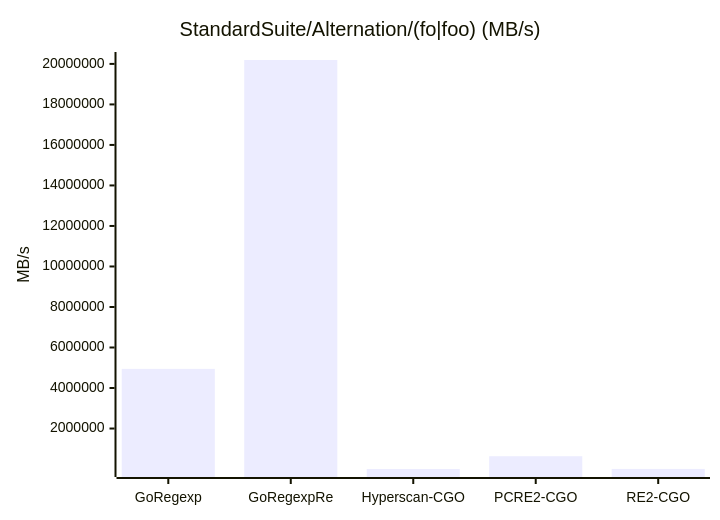
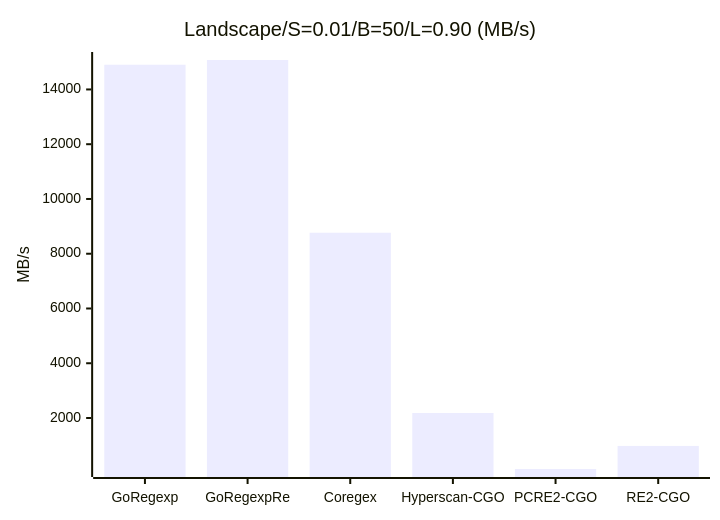
Diagram 13 of 47 in _benchmark_results/cgo_engines.md (kamichidu/go-regexp-re), drawn with Mermaid before and after one commit. The commit also changed other lines of this file and 3 other files, not shown here.

````diff
--- a/_benchmark_results/cgo_engines.md
+++ b/_benchmark_results/cgo_engines.md
@@ -162,7 +214,7 @@
 ```mermaid
 xychart-beta
-    title "StandardSuite/Alternation/(fo|foo) (MB/s)"
-    x-axis ["GoRegexp", "GoRegexpRe", "Hyperscan-CGO", "PCRE2-CGO", "RE2-CGO"]
+    title "Landscape/S=0.01/B=50/L=0.90 (MB/s)"
+    x-axis ["GoRegexp", "GoRegexpRe", "Coregex", "Hyperscan-CGO", "PCRE2-CGO", "RE2-CGO"]
     y-axis "MB/s"
-    bar [4944287.59, 20192671.40, 1824.50, 633304.30, 5763.90]
+    bar [14902.40, 15075.39, 8766.85, 2181.38, 137.71, 981.17]
 ```
````
